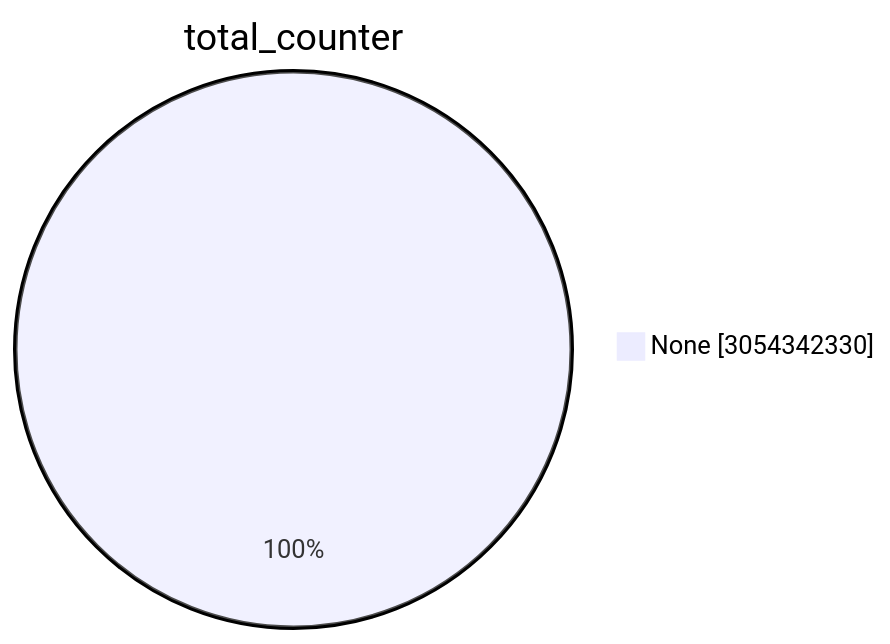
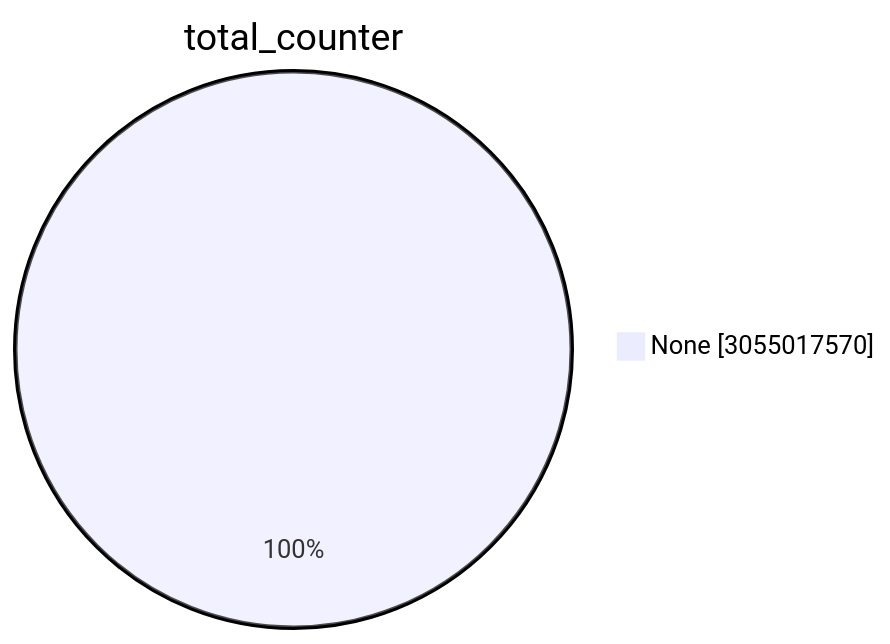
One commit to christiankrug/ctmonitor_visualization changed the first of 15 diagrams in TOTAL/README.md. Above: the diagram before and after it, drawn with Mermaid. The commit also changed other lines of this file, not shown here.

````diff
--- a/TOTAL/README.md
+++ b/TOTAL/README.md
@@ -1,5 +1,5 @@
 ```mermaid
 pie showData
 title total_counter
-"None" :3054342330
+"None" :3055017570
 ```
````
